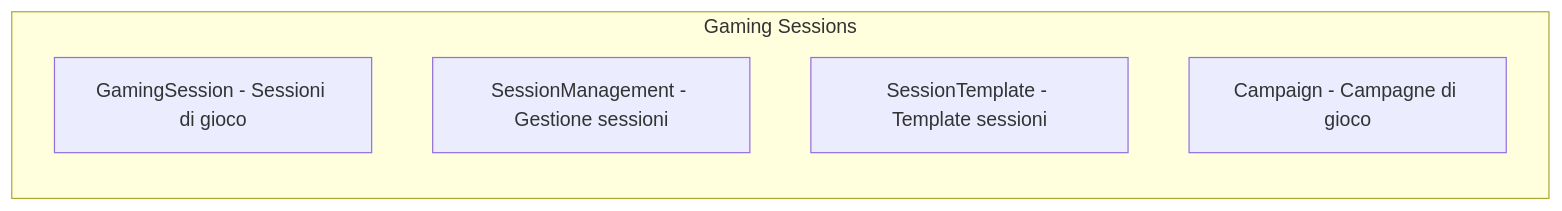
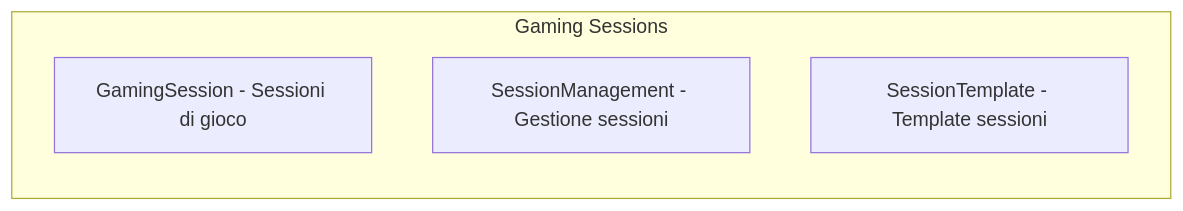
Before and after one commit to pagliagen/tenpennynovels: the seventh of 13 diagrams in docs/01-infrastructure/mongodb-schemas.md, drawn with Mermaid. The commit also changed other lines of this file and 86 other files, not shown here.

````diff
--- a/docs/01-infrastructure/mongodb-schemas.md
+++ b/docs/01-infrastructure/mongodb-schemas.md
@@ -93,9 +89,8 @@
 ```mermaid
 flowchart LR
     subgraph Gaming["Gaming Sessions"]
         GamingSession[GamingSession - Sessioni di gioco]
         SessionManagement[SessionManagement - Gestione sessioni]
         SessionTemplate[SessionTemplate - Template sessioni]
-        Campaign[Campaign - Campagne di gioco]
     end
 ```
````
